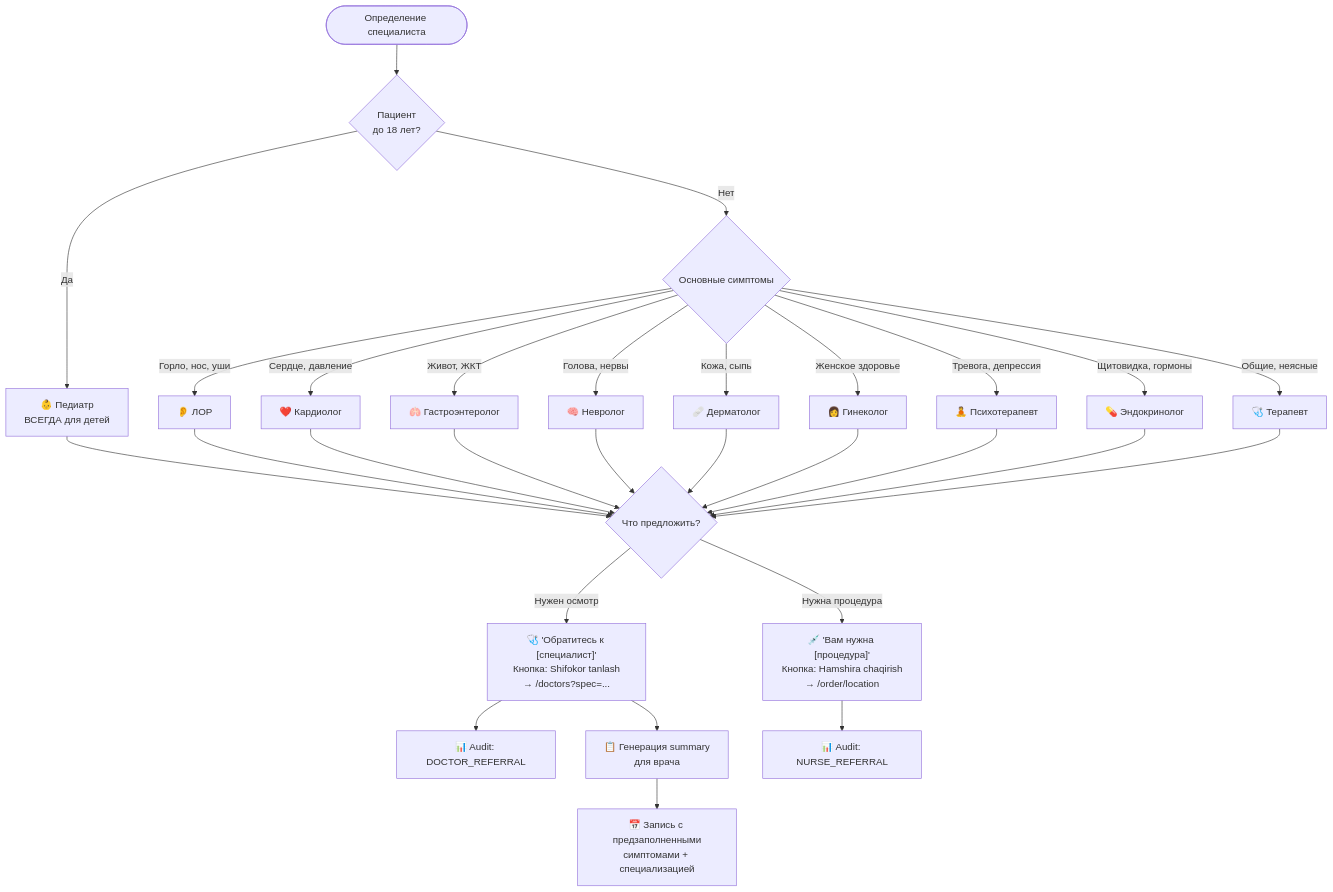
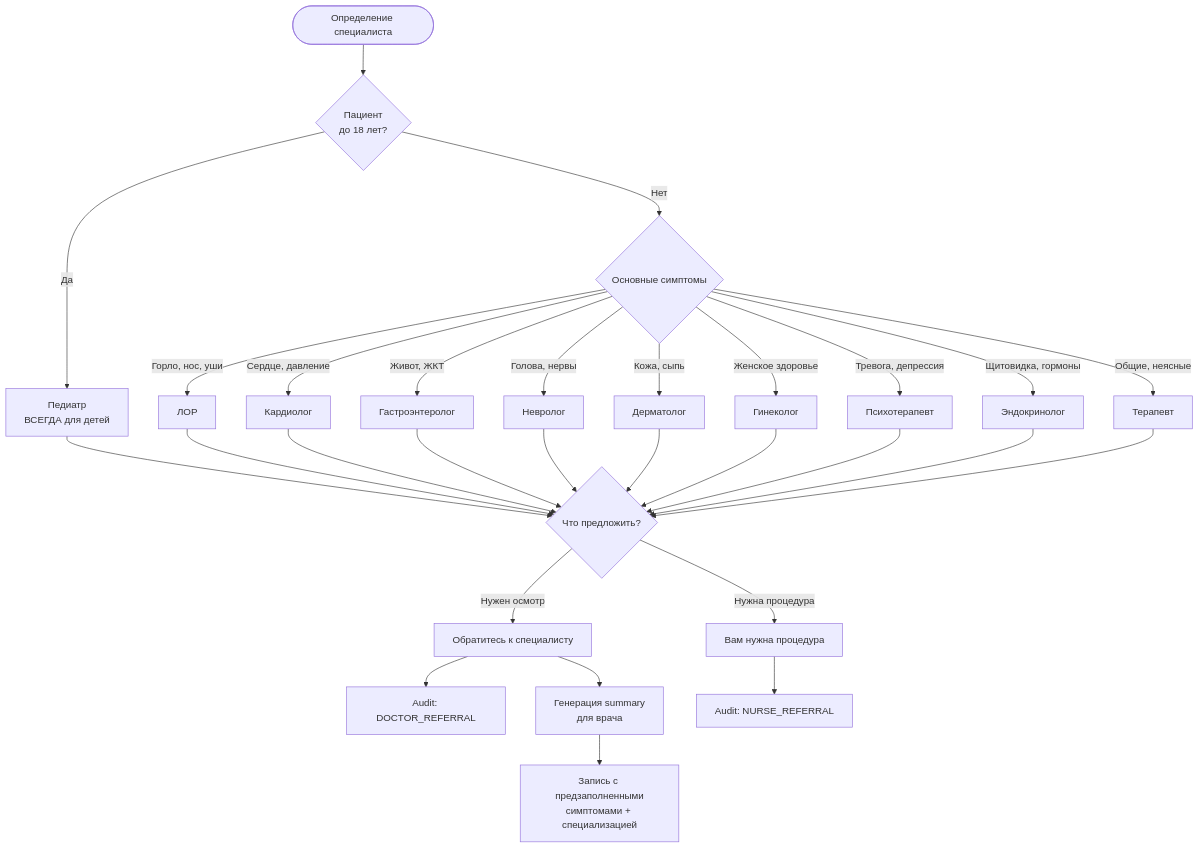
One commit to abubakirilhomov/hamshiraGo changed the fourth of 10 diagrams in docs/SALOMAT_FLOW.md. Above: the diagram before and after it, drawn with Mermaid. The commit also changed other lines of this file and 1 other file, not shown here.

First line of the commit message:
fix(docs): remove emoji + fix quotes in Mermaid diagrams

````diff
--- a/docs/SALOMAT_FLOW.md
+++ b/docs/SALOMAT_FLOW.md
@@ -127,39 +127,39 @@
 ```mermaid
 flowchart TD
     SPEC([Определение специалиста]) --> CHECK_AGE{Пациент<br/>до 18 лет?}
     
-    CHECK_AGE -->|Да| PED[👶 Педиатр<br/>ВСЕГДА для детей]
+    CHECK_AGE -->|Да| PED[Педиатр<br/>ВСЕГДА для детей]
     CHECK_AGE -->|Нет| SYMPTOMS{Основные симптомы}
     
-    SYMPTOMS -->|Горло, нос, уши| ENT[👂 ЛОР]
-    SYMPTOMS -->|Сердце, давление| CARD[❤️ Кардиолог]
-    SYMPTOMS -->|Живот, ЖКТ| GASTRO[🫁 Гастроэнтеролог]
-    SYMPTOMS -->|Голова, нервы| NEURO[🧠 Невролог]
-    SYMPTOMS -->|Кожа, сыпь| DERM[🩹 Дерматолог]
-    SYMPTOMS -->|Женское здоровье| GYN[👩 Гинеколог]
-    SYMPTOMS -->|Тревога, депрессия| PSY[🧘 Психотерапевт]
-    SYMPTOMS -->|Щитовидка, гормоны| ENDO[💊 Эндокринолог]
-    SYMPTOMS -->|Общие, неясные| THER[🩺 Терапевт]
+    SYMPTOMS -->|Горло, нос, уши| ENT[ЛОР]
+    SYMPTOMS -->|Сердце, давление| CARD[Кардиолог]
+    SYMPTOMS -->|Живот, ЖКТ| GASTRO[Гастроэнтеролог]
+    SYMPTOMS -->|Голова, нервы| NEURO[Невролог]
+    SYMPTOMS -->|Кожа, сыпь| DERM[Дерматолог]
+    SYMPTOMS -->|Женское здоровье| GYN[Гинеколог]
+    SYMPTOMS -->|Тревога, депрессия| PSY[Психотерапевт]
+    SYMPTOMS -->|Щитовидка, гормоны| ENDO[Эндокринолог]
+    SYMPTOMS -->|Общие, неясные| THER[Терапевт]
     
     PED --> ACTION
     ENT --> ACTION
     CARD --> ACTION
     GASTRO --> ACTION
     NEURO --> ACTION
     DERM --> ACTION
     GYN --> ACTION
     PSY --> ACTION
     ENDO --> ACTION
     THER --> ACTION
     
     ACTION{Что предложить?}
     
-    ACTION -->|Нужен осмотр| DOC_REC["🩺 'Обратитесь к [специалист]'<br/>Кнопка: Shifokor tanlash<br/>→ /doctors?spec=..."]
-    ACTION -->|Нужна процедура| NURSE_REC["💉 'Вам нужна [процедура]'<br/>Кнопка: Hamshira chaqirish<br/>→ /order/location"]
+    ACTION -->|Нужен осмотр| DOC_REC[Обратитесь к специалисту]
+    ACTION -->|Нужна процедура| NURSE_REC[Вам нужна процедура]
     
-    DOC_REC --> AUDIT_DOC[📊 Audit: DOCTOR_REFERRAL]
-    NURSE_REC --> AUDIT_NURSE[📊 Audit: NURSE_REFERRAL]
+    DOC_REC --> AUDIT_DOC[Audit: DOCTOR_REFERRAL]
+    NURSE_REC --> AUDIT_NURSE[Audit: NURSE_REFERRAL]
     
-    DOC_REC --> SUMMARY[📋 Генерация summary<br/>для врача]
-    SUMMARY --> BOOK_DOC[📅 Запись с предзаполненными<br/>симптомами + специализацией]
+    DOC_REC --> SUMMARY[Генерация summary<br/>для врача]
+    SUMMARY --> BOOK_DOC[Запись с предзаполненными<br/>симптомами + специализацией]
 ```
````
